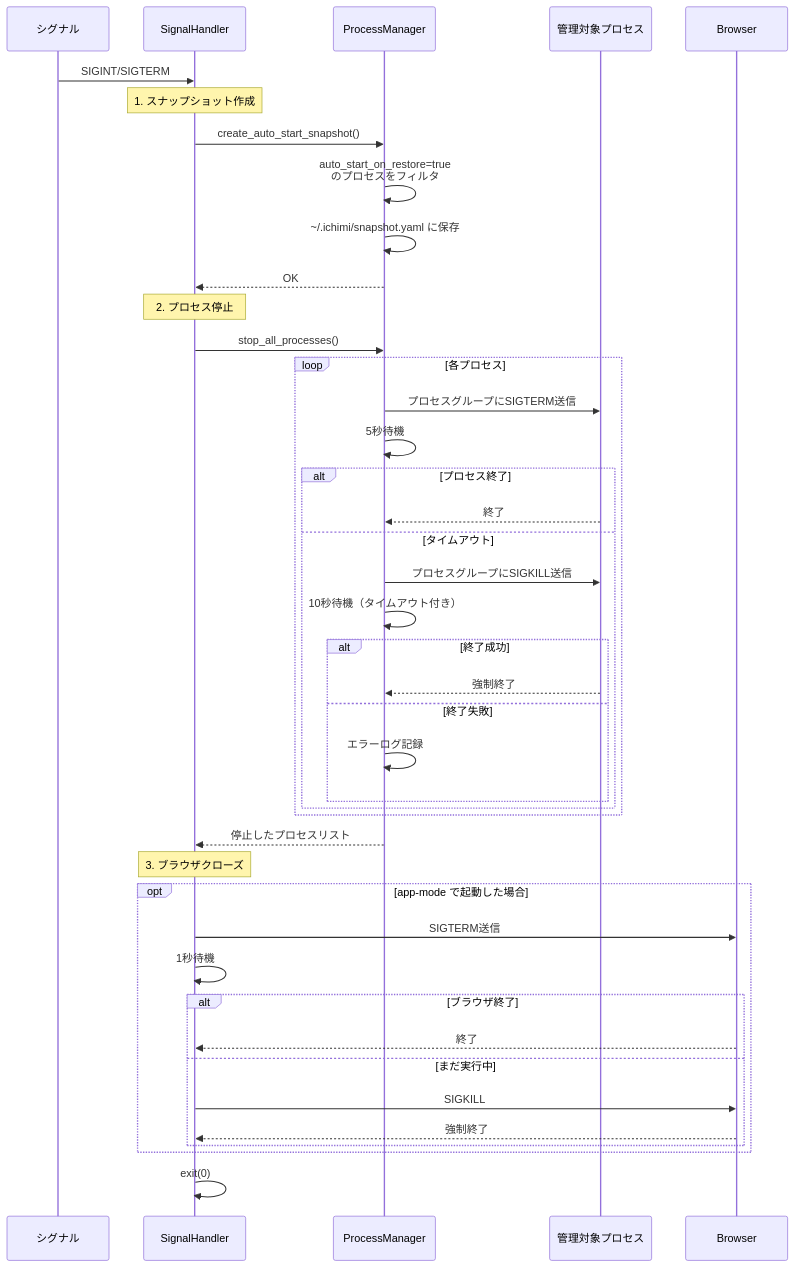
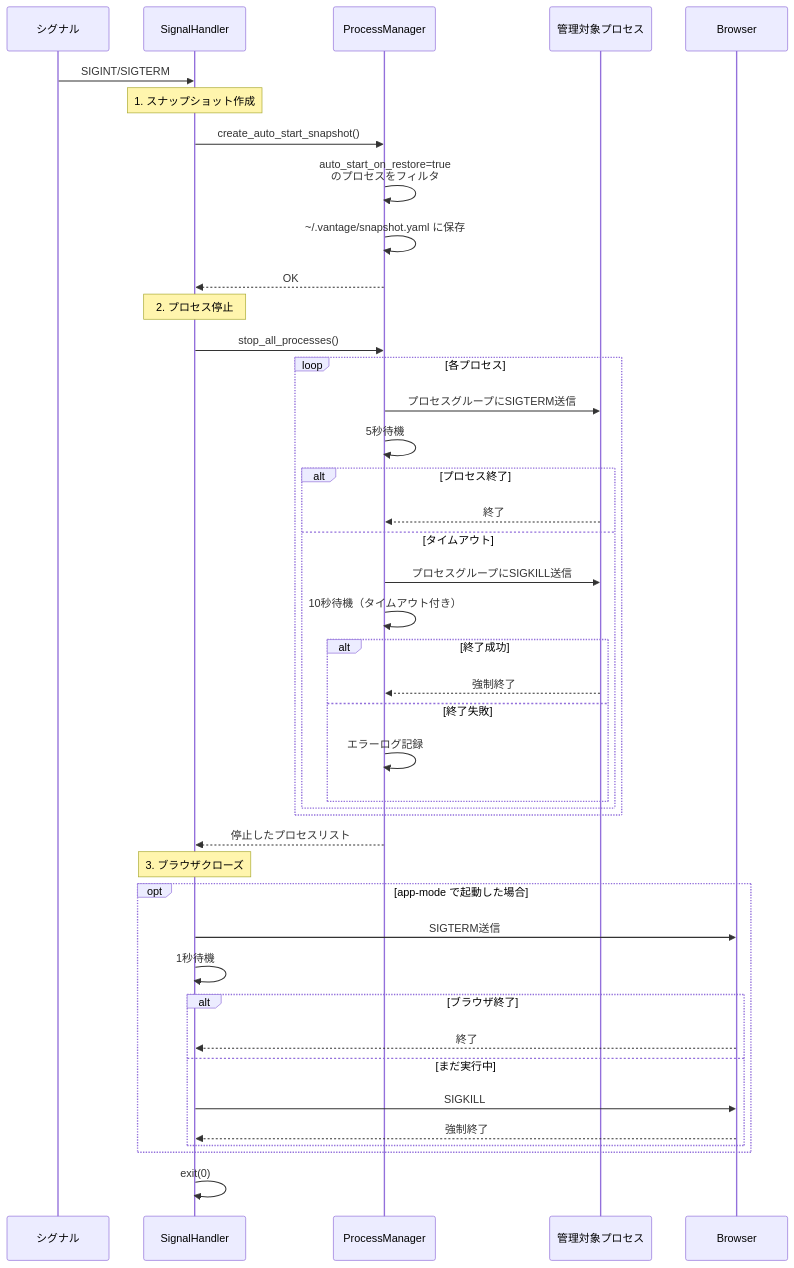
The eighth of 13 diagrams in docs/server-flows.md (chronista-club/vantage-mcp), drawn with Mermaid before and after one commit. The commit also changed other lines of this file and 122 other files, not shown here.

First line of the commit message:
refactor: Rename project from Ichimi to Vantage MCP (#18)

````diff
--- a/docs/server-flows.md
+++ b/docs/server-flows.md
@@ -363,54 +363,54 @@
 ```mermaid
 sequenceDiagram
     participant Signal as シグナル
     participant Handler as SignalHandler
     participant PM as ProcessManager
     participant Process as 管理対象プロセス
     participant Browser
 
     Signal->>Handler: SIGINT/SIGTERM
 
     Note over Handler: 1. スナップショット作成
     Handler->>PM: create_auto_start_snapshot()
     PM->>PM: auto_start_on_restore=true<br/>のプロセスをフィルタ
-    PM->>PM: ~/.ichimi/snapshot.yaml に保存
+    PM->>PM: ~/.vantage/snapshot.yaml に保存
     PM-->>Handler: OK
 
     Note over Handler: 2. プロセス停止
     Handler->>PM: stop_all_processes()
 
     loop 各プロセス
         PM->>Process: プロセスグループにSIGTERM送信
         PM->>PM: 5秒待機
 
         alt プロセス終了
             Process-->>PM: 終了
         else タイムアウト
             PM->>Process: プロセスグループにSIGKILL送信
             PM->>PM: 10秒待機（タイムアウト付き）
 
             alt 終了成功
                 Process-->>PM: 強制終了
             else 終了失敗
                 PM->>PM: エラーログ記録
             end
         end
     end
 
     PM-->>Handler: 停止したプロセスリスト
 
     Note over Handler: 3. ブラウザクローズ
     opt app-mode で起動した場合
         Handler->>Browser: SIGTERM送信
         Handler->>Handler: 1秒待機
 
         alt ブラウザ終了
             Browser-->>Handler: 終了
         else まだ実行中
             Handler->>Browser: SIGKILL
             Browser-->>Handler: 強制終了
         end
     end
 
     Handler->>Handler: exit(0)
 ```
````
